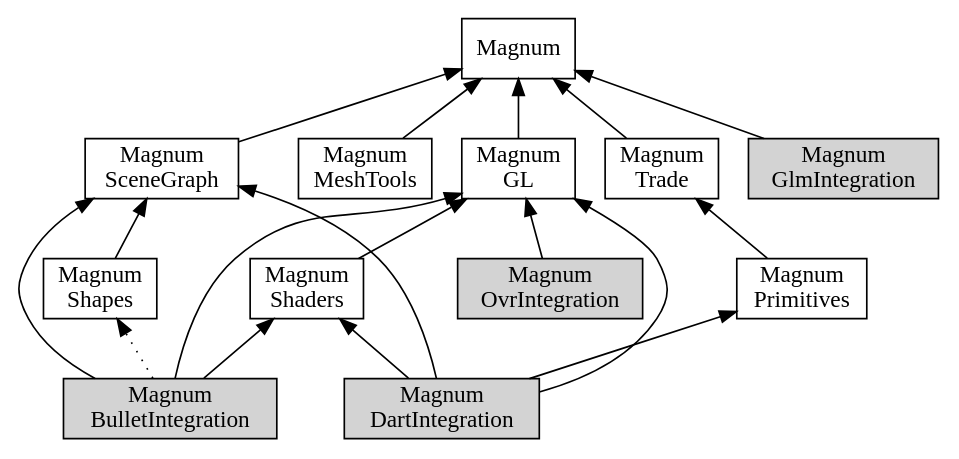
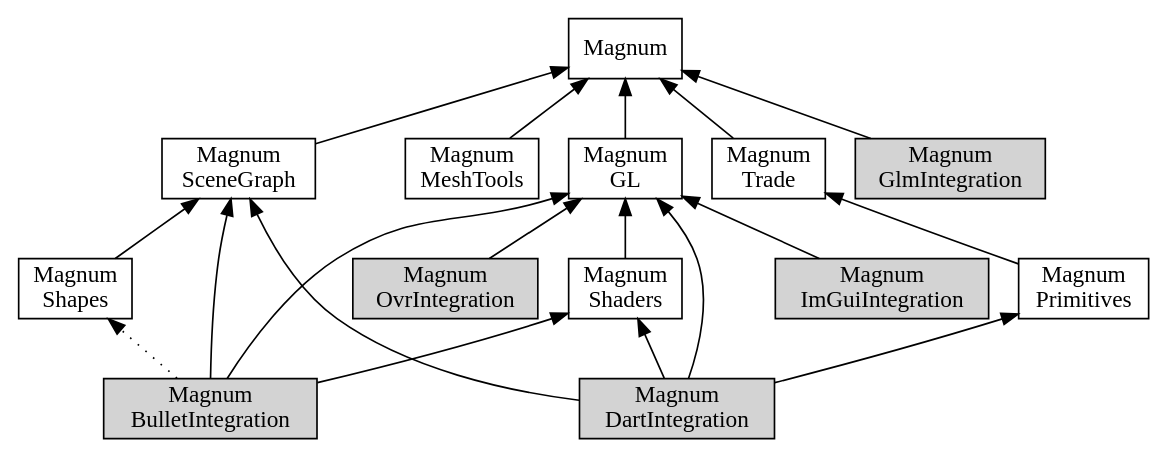
Before and after one commit to mosra/magnum-integration: the diagram in doc/custom-buildsystems-integration-order.dot, drawn with Graphviz.

Commit message:
doc: mention ImGuiIntegration in the library order.

```diff
--- a/doc/custom-buildsystems-integration-order.dot
+++ b/doc/custom-buildsystems-integration-order.dot
@@ -1,65 +1,67 @@
 /*
     This file is part of Magnum.
 
     Copyright © 2010, 2011, 2012, 2013, 2014, 2015, 2016, 2017, 2018
               Vladimír Vondruš <mosra@centrum.cz>
 
     Permission is hereby granted, free of charge, to any person obtaining a
     copy of this software and associated documentation files (the "Software"),
     to deal in the Software without restriction, including without limitation
     the rights to use, copy, modify, merge, publish, distribute, sublicense,
     and/or sell copies of the Software, and to permit persons to whom the
     Software is furnished to do so, subject to the following conditions:
 
     The above copyright notice and this permission notice shall be included
     in all copies or substantial portions of the Software.
 
     THE SOFTWARE IS PROVIDED "AS IS", WITHOUT WARRANTY OF ANY KIND, EXPRESS OR
     IMPLIED, INCLUDING BUT NOT LIMITED TO THE WARRANTIES OF MERCHANTABILITY,
     FITNESS FOR A PARTICULAR PURPOSE AND NONINFRINGEMENT. IN NO EVENT SHALL
     THE AUTHORS OR COPYRIGHT HOLDERS BE LIABLE FOR ANY CLAIM, DAMAGES OR OTHER
     LIABILITY, WHETHER IN AN ACTION OF CONTRACT, TORT OR OTHERWISE, ARISING
     FROM, OUT OF OR IN CONNECTION WITH THE SOFTWARE OR THE USE OR OTHER
     DEALINGS IN THE SOFTWARE.
 */
 
 digraph "Magnum Integration dependency order" {
     rankdir=BT
     ranksep=0.5
     node [style=filled shape=rect margin="0.03,0.03"]
 
     Magnum [style=solid class="m-info"]
     MagnumGL [style=solid label="Magnum\nGL" class="m-info"]
     MagnumMeshTools [style=solid style=solid label="Magnum\nMeshTools" class="m-info"]
     MagnumPrimitives [style=solid label="Magnum\nPrimitives" class="m-info"]
     MagnumSceneGraph [style=solid label="Magnum\nSceneGraph" class="m-info"]
     MagnumShaders [style=solid label="Magnum\nShaders" class="m-info"]
     MagnumShapes [style=solid label="Magnum\nShapes" class="m-dim"]
     MagnumTrade [style=solid style=solid label="Magnum\nTrade" class="m-info"]
 
     MagnumBulletIntegration [label="Magnum\nBulletIntegration" class="m-info"]
     MagnumDartIntegration [label="Magnum\nDartIntegration" class="m-info"]
     MagnumGlmIntegration [label="Magnum\nGlmIntegration" class="m-info"]
+    MagnumImGuiIntegration [label="Magnum\nImGuiIntegration" class="m-info"]
     MagnumOvrIntegration [label="Magnum\nOvrIntegration" class="m-info"]
 
     MagnumGL -> Magnum [class="m-info"]
     MagnumMeshTools -> Magnum [class="m-info"]
     MagnumPrimitives -> MagnumTrade [class="m-info"]
     MagnumSceneGraph -> Magnum [class="m-info"]
     MagnumShaders -> MagnumGL [class="m-info"]
     MagnumShapes -> MagnumSceneGraph [class="m-dim"]
     MagnumTrade -> Magnum [class="m-info"]
 
     MagnumBulletIntegration -> MagnumGL
     MagnumBulletIntegration -> MagnumSceneGraph
     MagnumBulletIntegration -> MagnumShaders
     MagnumBulletIntegration -> MagnumShapes [style=dotted class="m-dim"]
 
     MagnumDartIntegration -> MagnumGL
     MagnumDartIntegration -> MagnumPrimitives
     MagnumDartIntegration -> MagnumSceneGraph
     MagnumDartIntegration -> MagnumShaders
 
     MagnumGlmIntegration -> Magnum
+    MagnumImGuiIntegration -> MagnumGL
     MagnumOvrIntegration -> MagnumGL
 }
```
